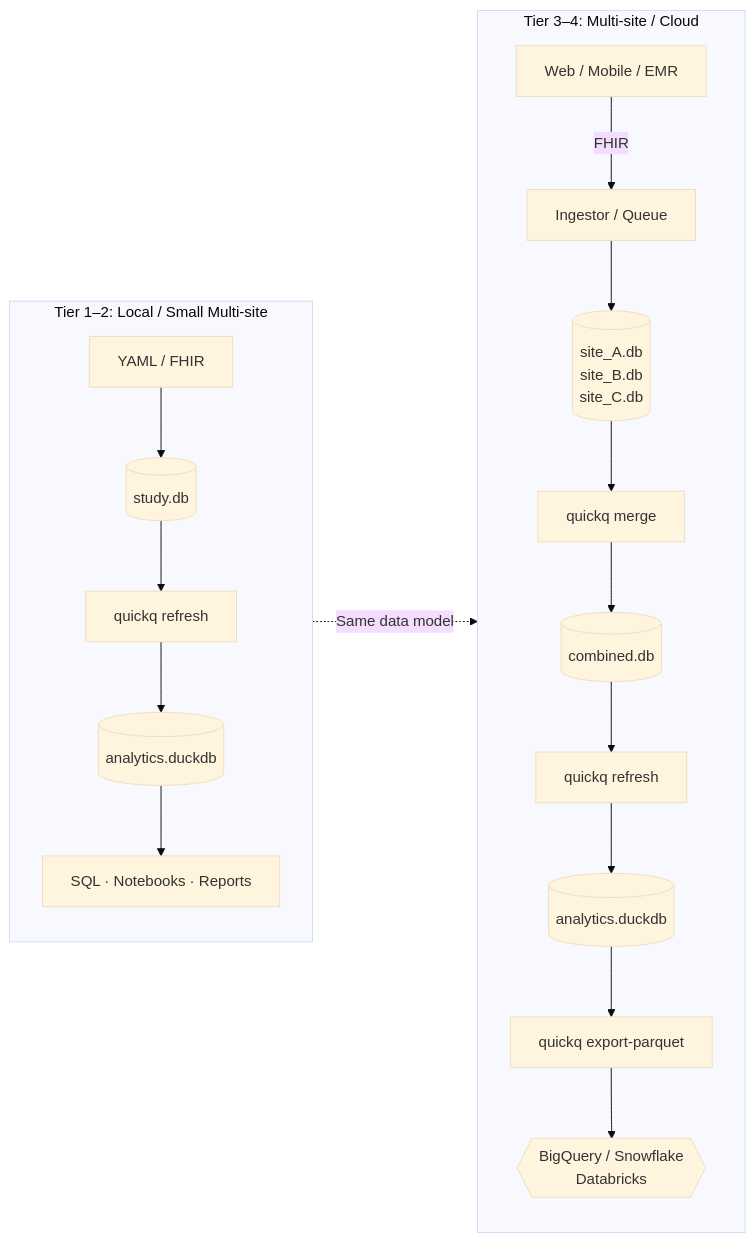
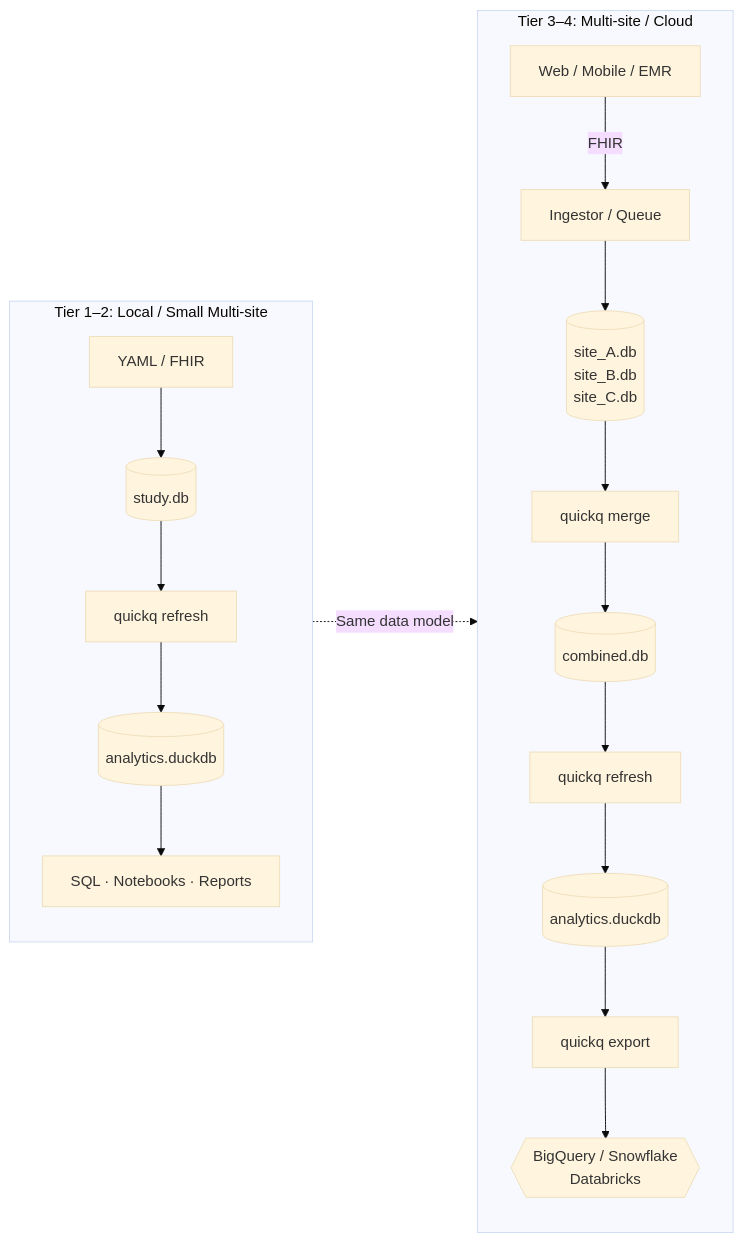
The diagram in docs/design_decisions.md (quickq-io/quickq), drawn with Mermaid (base theme) before and after one commit. The commit also changed other lines of this file and 10 other files, not shown here.

````diff
--- a/docs/design_decisions.md
+++ b/docs/design_decisions.md
@@ -65,24 +65,24 @@
 ```mermaid
 flowchart LR
     subgraph Local ["Tier 1–2: Local / Small Multi-site"]
         direction TB
         L_Input[YAML / FHIR] --> L_SQLite[(study.db)]
         L_SQLite --> L_Refresh[quickq refresh]
         L_Refresh --> L_DuckDB[(analytics.duckdb)]
         L_DuckDB --> L_Analyze[SQL · Notebooks · Reports]
     end
 
     subgraph Cloud ["Tier 3–4: Multi-site / Cloud"]
         direction TB
         C_Apps[Web / Mobile / EMR] -- FHIR --> C_Queue[Ingestor / Queue]
         C_Queue --> C_Sites[(site_A.db\nsite_B.db\nsite_C.db)]
         C_Sites --> C_Merge[quickq merge]
         C_Merge --> C_Combined[(combined.db)]
         C_Combined --> C_Refresh[quickq refresh]
         C_Refresh --> C_OLAP[(analytics.duckdb)]
-        C_OLAP --> C_Parquet[quickq export-parquet]
+        C_OLAP --> C_Parquet[quickq export]
         C_Parquet --> C_Warehouse{{BigQuery / Snowflake\nDatabricks}}
     end
 
     Local -. "Same data model" .-> Cloud
 ```
````
